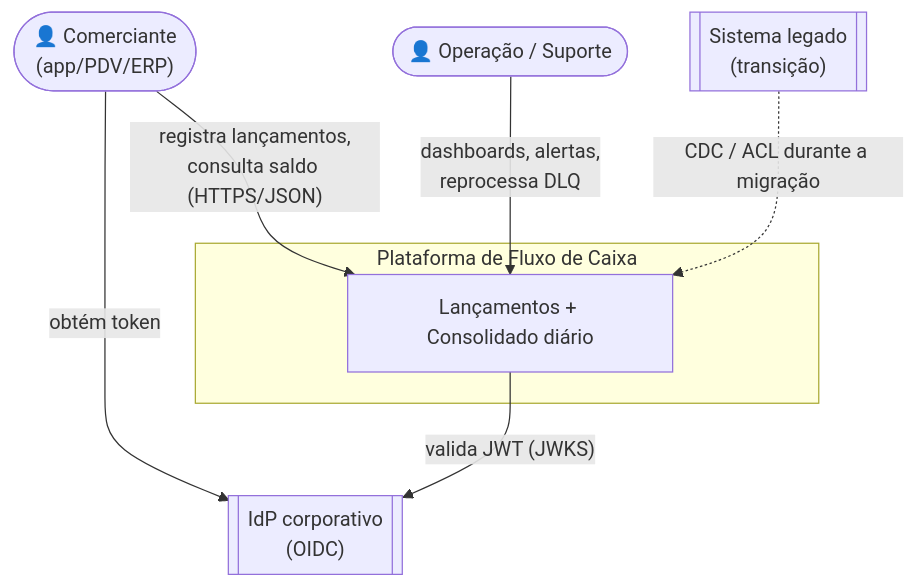
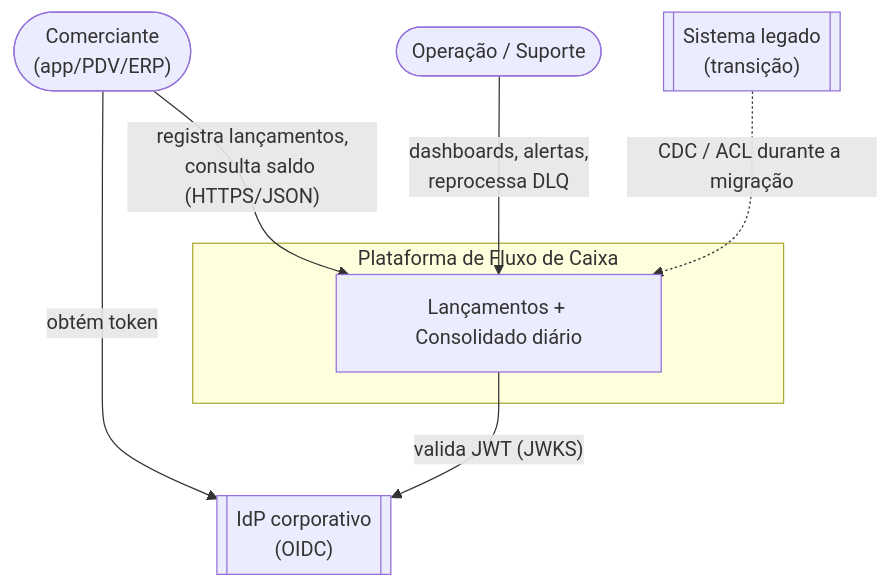
Before and after one commit to eniglio-ctrl/cash-flow-platform: the first of 7 diagrams in docs/03-arquitetura-alvo.md, drawn with Mermaid. The commit also changed other lines of this file and 42 other files, not shown here.

Commit message:
Revisão da documentação e exportação dos diagramas

````diff
--- a/docs/03-arquitetura-alvo.md
+++ b/docs/03-arquitetura-alvo.md
@@ -11,15 +11,15 @@
 ```mermaid
 flowchart TB
-    merchant(["👤 Comerciante<br/>(app/PDV/ERP)"])
-    ops(["👤 Operação / Suporte"])
+    merchant(["Comerciante<br/>(app/PDV/ERP)"])
+    ops(["Operação / Suporte"])
     subgraph sys["Plataforma de Fluxo de Caixa"]
         core["Lançamentos + Consolidado diário"]
     end
     idp[["IdP corporativo<br/>(OIDC)"]]
     legacy[["Sistema legado<br/>(transição)"]]
     merchant -- "registra lançamentos,<br/>consulta saldo (HTTPS/JSON)" --> core
     merchant -- "obtém token" --> idp
     core -- "valida JWT (JWKS)" --> idp
     ops -- "dashboards, alertas,<br/>reprocessa DLQ" --> core
     legacy -. "CDC / ACL durante a migração" .-> core
 ```
````
